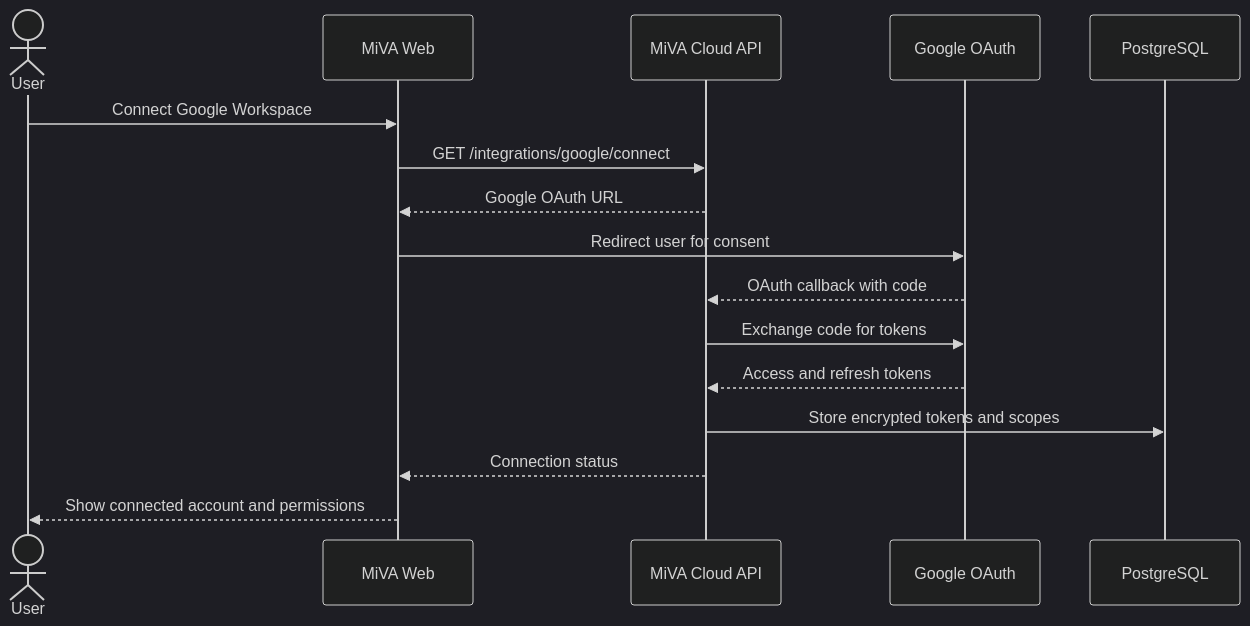
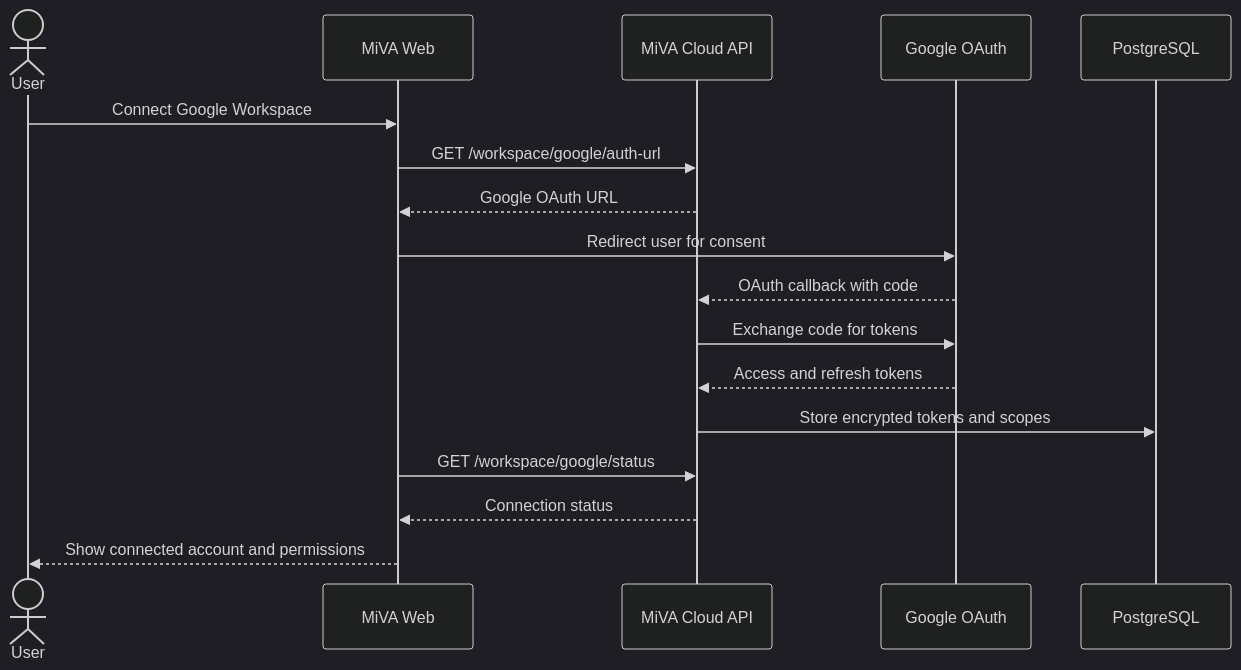
The seventh of 9 diagrams in docs/SOFTWARE_DESIGN_DOCUMENT.md (jimpmg123/MiVA), drawn with Mermaid (dark theme) before and after one commit. The commit also changed other lines of this file and 7 other files, not shown here.

````diff
--- a/docs/SOFTWARE_DESIGN_DOCUMENT.md
+++ b/docs/SOFTWARE_DESIGN_DOCUMENT.md
@@ -566,19 +592,20 @@
 ```mermaid
 sequenceDiagram
   actor User
   participant Web as MiVA Web
   participant API as MiVA Cloud API
   participant Google as Google OAuth
   participant DB as PostgreSQL
 
   User->>Web: Connect Google Workspace
-  Web->>API: GET /integrations/google/connect
+  Web->>API: GET /workspace/google/auth-url
   API-->>Web: Google OAuth URL
   Web->>Google: Redirect user for consent
   Google-->>API: OAuth callback with code
   API->>Google: Exchange code for tokens
   Google-->>API: Access and refresh tokens
   API->>DB: Store encrypted tokens and scopes
+  Web->>API: GET /workspace/google/status
   API-->>Web: Connection status
   Web-->>User: Show connected account and permissions
 ```
````
